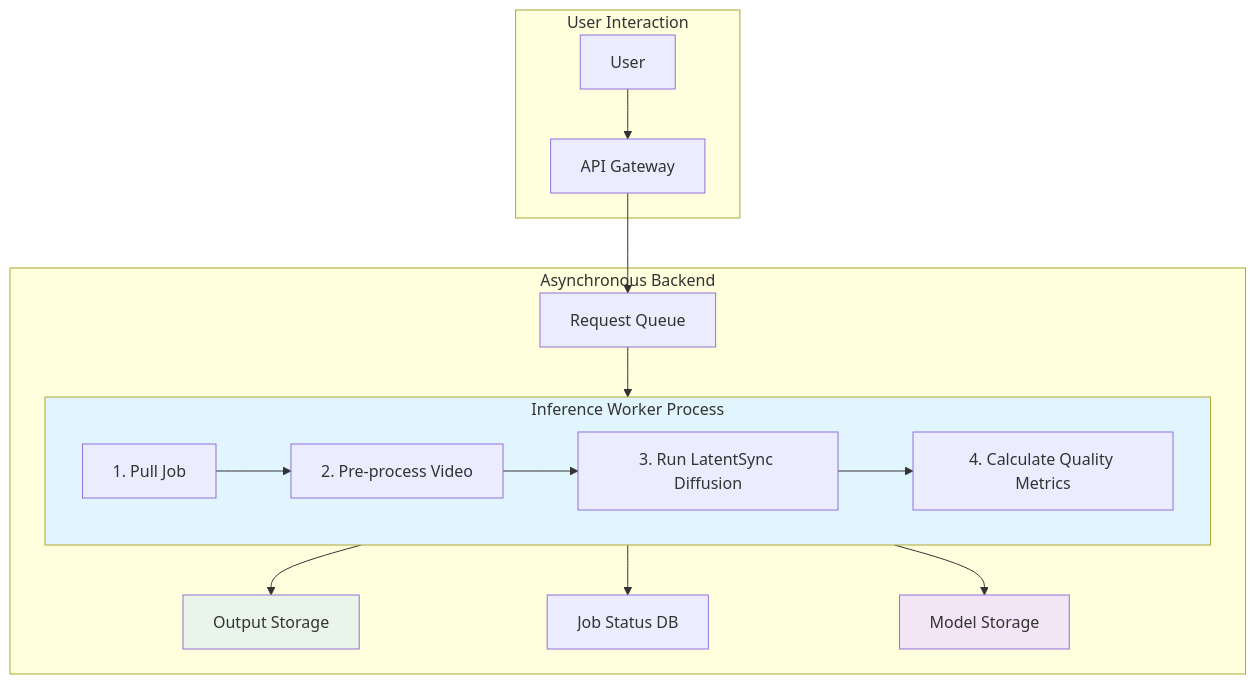
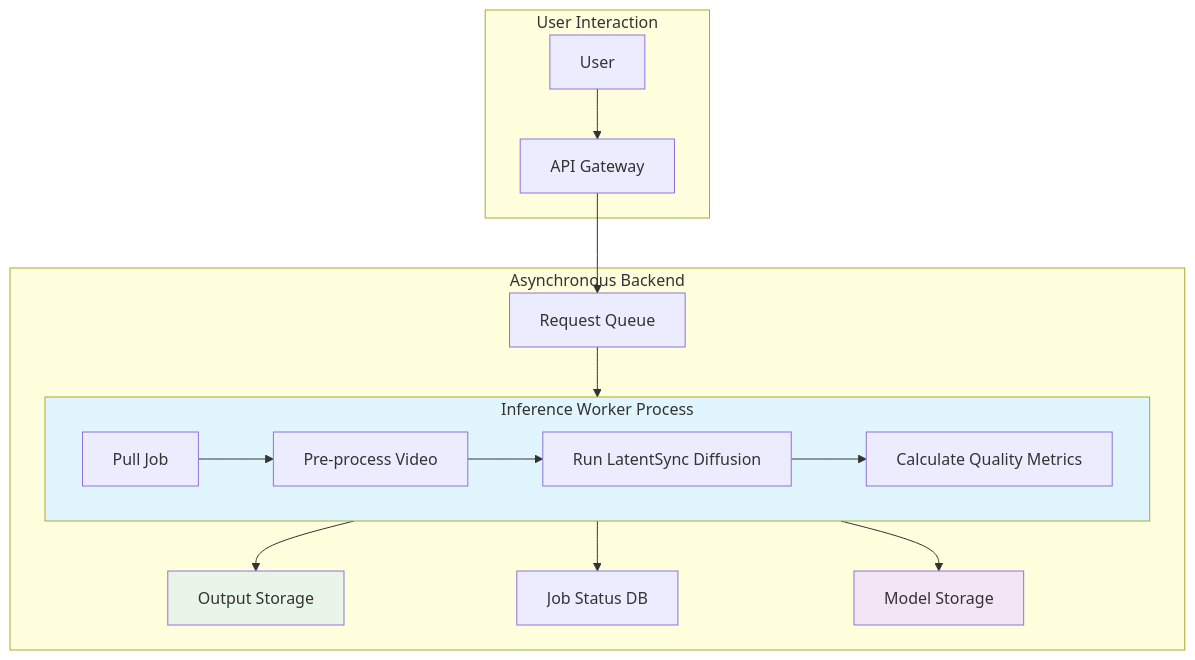
One commit to dfadeeff/LipSync changed the diagram in documentation/PART3.md. Above: the diagram before and after it, drawn with Mermaid. The commit also changed other lines of this file, not shown here.

````diff
--- a/documentation/PART3.md
+++ b/documentation/PART3.md
@@ -30,26 +30,26 @@
 ```mermaid
 graph TD
     subgraph "User Interaction"
         A[User] --> B[API Gateway];
     end
 
     subgraph "Asynchronous Backend"
         B --> C[Request Queue];
         C --> D[Worker Pool];
         
         subgraph D [Inference Worker Process]
             direction LR
-            D1[1. Pull Job] --> D2[2. Pre-process Video];
-            D2 --> D3[3. Run LatentSync Diffusion];
-            D3 --> D4[4. Calculate Quality Metrics];
+            D1["Pull Job"] --> D2["Pre-process Video"];
+            D2 --> D3["Run LatentSync Diffusion"];
+            D3 --> D4["Calculate Quality Metrics"];
         end
 
         D4 --> E[Output Storage];
         D4 --> G[Job Status DB];
         D --> F[Model Storage];
     end
 
     style D fill:#e1f5fe
     style F fill:#f3e5f5
     style E fill:#e8f5e8
 ```
````
